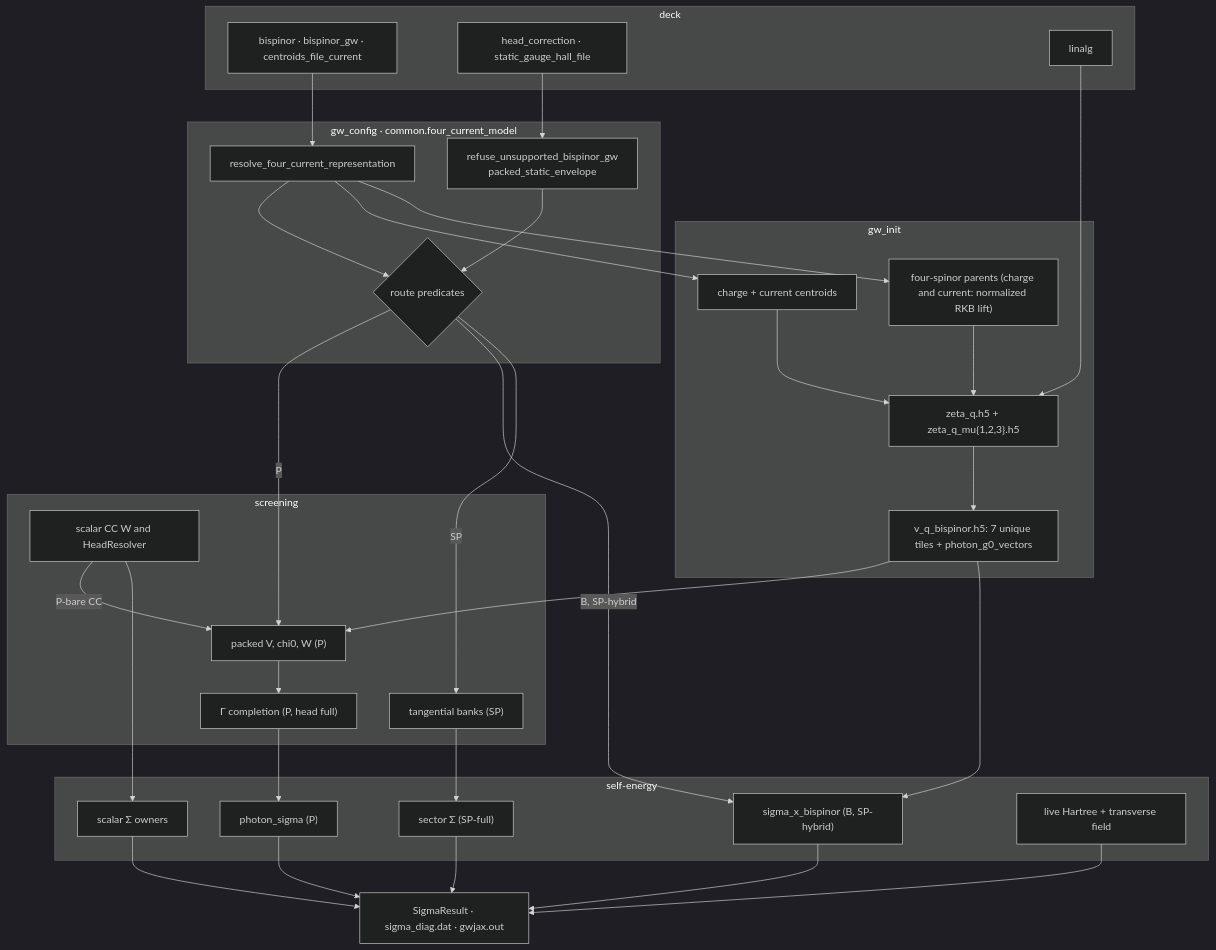
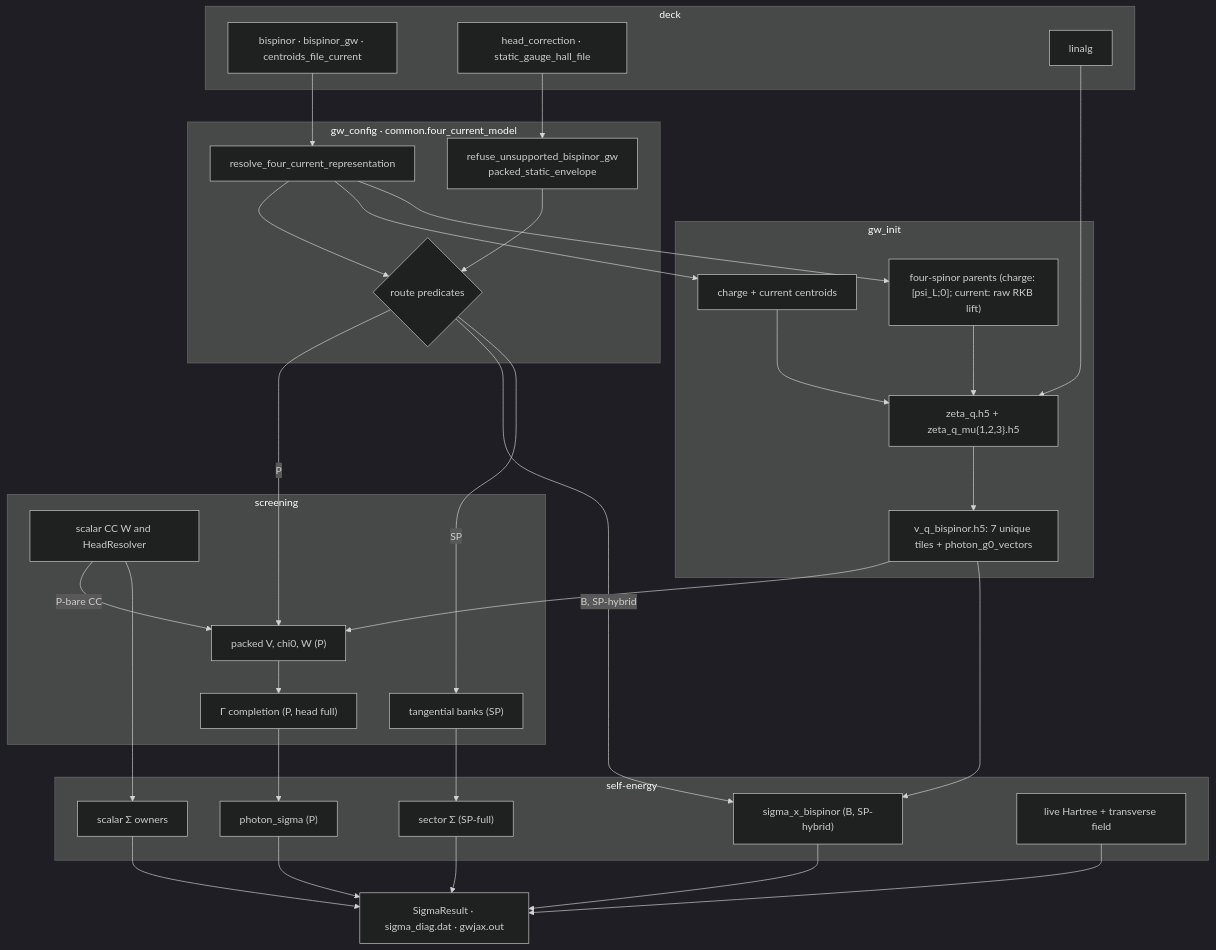
One commit to jackmcarthur/lorrax changed the diagram in docs/architecture/four_current_wiring.md. Above: the diagram before and after it, drawn with Mermaid (dark theme). The commit also changed other lines of this file and 12 other files, not shown here.

First line of the commit message:
docs: the Pauli four-current carrier supersedes the normalized four-component ruling

````diff
--- a/docs/architecture/four_current_wiring.md
+++ b/docs/architecture/four_current_wiring.md
@@ -84,54 +84,54 @@
 ```mermaid
 flowchart TD
   subgraph DECK["deck"]
     K1["bispinor · bispinor_gw · centroids_file_current"]
     K2["head_correction · static_gauge_hall_file"]
     K3["linalg"]
   end
   subgraph CFG["gw_config · common.four_current_model"]
     R["resolve_four_current_representation"]
     E["refuse_unsupported_bispinor_gw<br/>packed_static_envelope"]
     F{"route predicates"}
   end
   subgraph INIT["gw_init"]
     C["charge + current centroids"]
-    L["four-spinor parents (charge and current: normalized RKB lift)"]
+    L["four-spinor parents (charge: [psi_L;0]; current: raw RKB lift)"]
     Z["zeta_q.h5 + zeta_q_mu{1,2,3}.h5"]
     VQ["v_q_bispinor.h5: 7 unique tiles + photon_g0_vectors"]
   end
   subgraph SCR["screening"]
     SW["scalar CC W and HeadResolver"]
     PK["packed V, chi0, W (P)"]
     HD["Γ completion (P, head full)"]
     SP["tangential banks (SP)"]
   end
   subgraph SIG["self-energy"]
     PS["photon_sigma (P)"]
     SB["sigma_x_bispinor (B, SP-hybrid)"]
     CS["scalar Σ owners"]
     SS["sector Σ (SP-full)"]
     HT["live Hartree + transverse field"]
   end
   OUT["SigmaResult · sigma_diag.dat · gwjax.out"]
   K1 --> R --> F
   K2 --> E
   E --> F
   K3 --> Z
   R --> C --> Z
   R --> L --> Z
   Z --> VQ
   F -->|P| PK
   F -->|B, SP-hybrid| SB
   F -->|SP| SP
   VQ --> PK
   SW -->|P-bare CC| PK
   PK --> HD --> PS
   VQ --> SB
   SW --> CS
   SP --> SS
   PS --> OUT
   SB --> OUT
   CS --> OUT
   SS --> OUT
   HT --> OUT
 ```
````
